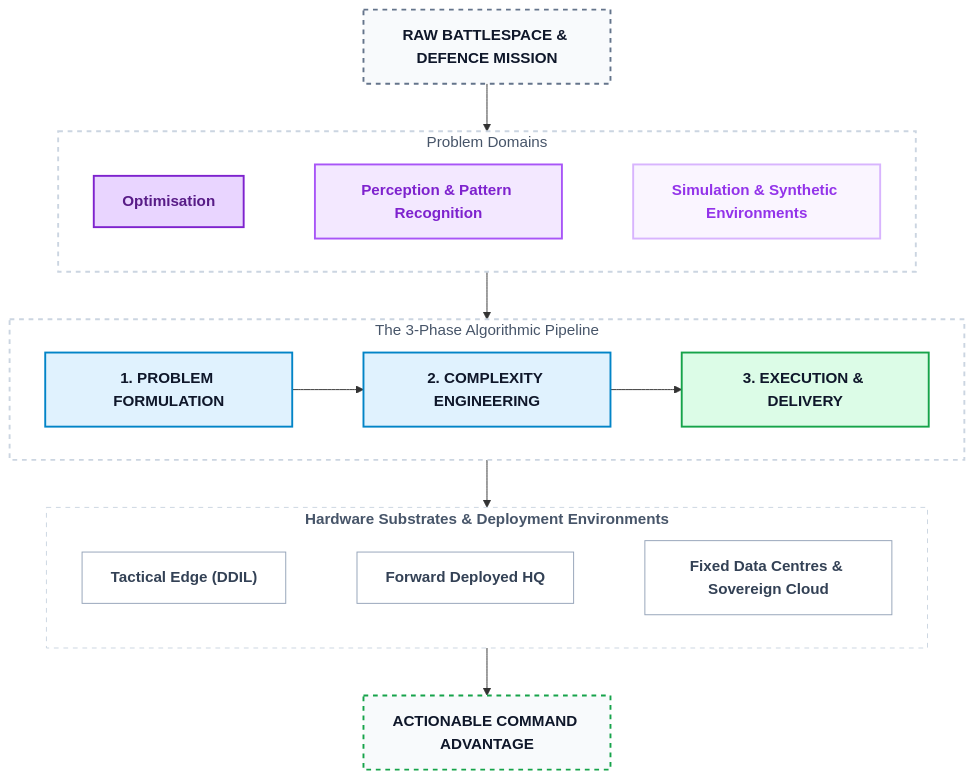
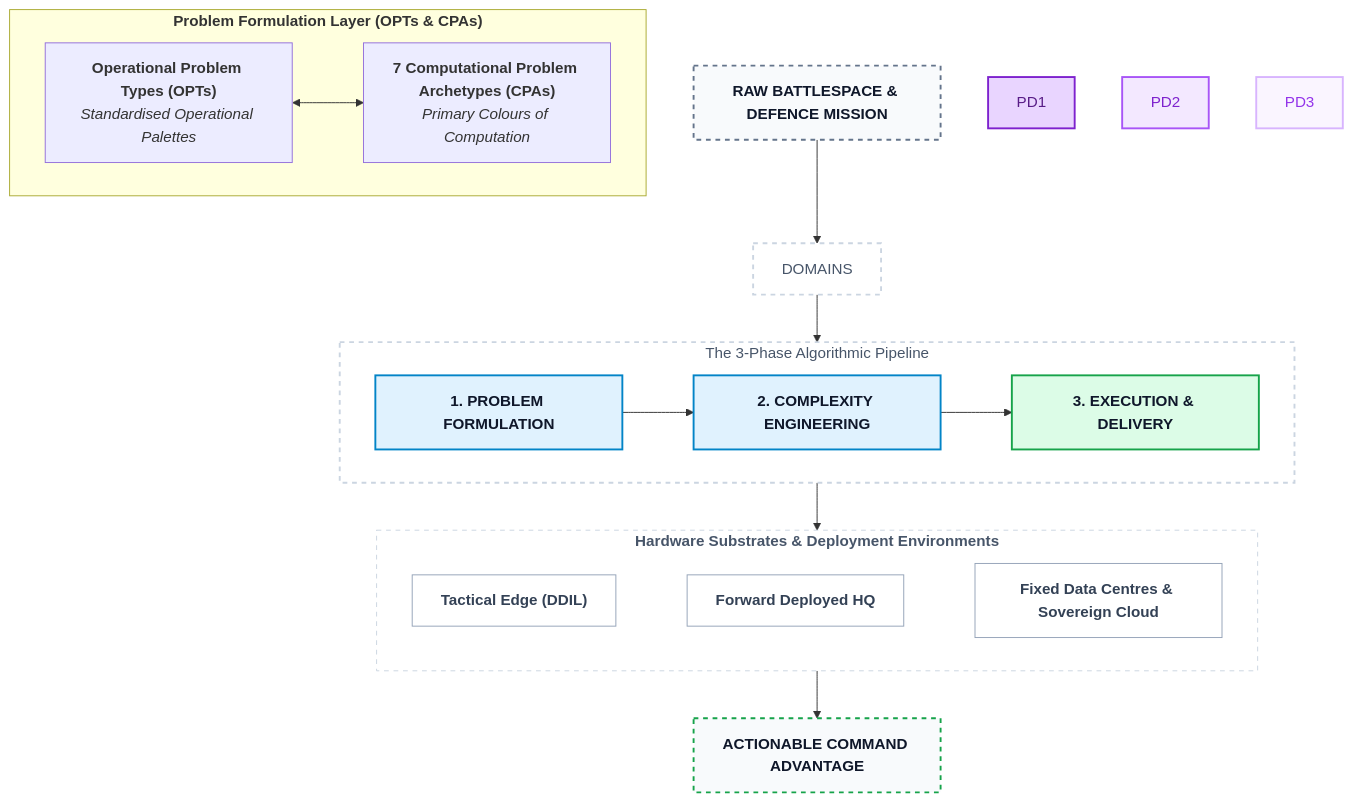
The first of 6 diagrams in quantum/The_Emergent_Algorithmic_Bridge.md (baddogdown/knowledge), drawn with Mermaid before and after one commit. The commit also changed other lines of this file and 2 other files, not shown here.

Commit message:
merging CKFs / CPAs into algo bridge

````diff
--- a/quantum/The_Emergent_Algorithmic_Bridge.md
+++ b/quantum/The_Emergent_Algorithmic_Bridge.md
@@ -25,68 +25,67 @@
 ```mermaid
 flowchart TB
 
     %% 1. INPUT
     INBOUND["<b>RAW BATTLESPACE & DEFENCE MISSION</b>"]
 
-    %% 2. PROBLEM DOMAINS
-    subgraph DOMAINS ["Problem Domains"]
+    %% 2. PROBLEM ARCHETYPES & OPTS
+    subgraph ARCHETYPES ["<b>Problem Formulation Layer (OPTs & CPAs)</b>"]
         direction LR
-        PD1["<b>Optimisation</b><br/>"]
-        PD2["<b>Perception & Pattern Recognition</b>"]
-        PD3["<b>Simulation & Synthetic Environments</b>"]
+        OPT["<b>Operational Problem Types (OPTs)</b><br/><i>Standardised Operational Palettes</i>"]
+        CPA["<b>7 Computational Problem Archetypes (CPAs)</b><br/><i>Primary Colours of Computation</i>"]
         
-        PD1 ~~~ PD2 ~~~ PD3
+        OPT <--> CPA
     end
 
     %% 3. PIPELINE PHASES 
     subgraph PHASES ["The 3-Phase Algorithmic Pipeline"]
         direction LR
         P1["<b>1. PROBLEM FORMULATION</b>"] --> P2["<b>2. COMPLEXITY ENGINEERING</b>"] --> P3["<b>3. EXECUTION & DELIVERY</b><br/>"]
     end
 
     %% 4. UNDERPINNING DEPLOYMENT ENVIRONMENTS
     subgraph ENV ["<b>Hardware Substrates & Deployment Environments</b>"]
         direction LR
         E1["<b>Tactical Edge (DDIL)</b>"]
         E2["<b>Forward Deployed HQ</b>"]
         E3["<b>Fixed Data Centres & Sovereign Cloud</b>"]
         
         E1 ~~~ E2 ~~~ E3
     end
 
     %% 5. OUTPUT
     OUTBOUND["<b>ACTIONABLE COMMAND ADVANTAGE</b>"]
 
 
     %% CONNECTIONS
     INBOUND --> DOMAINS
     DOMAINS --> PHASES
     PHASES --> ENV
     ENV --> OUTBOUND
 
     %% ==========================================
     %% STYLING
     %% ==========================================
     style INBOUND fill:#f8fafc,stroke:#64748b,stroke-width:2px,color:#0f172a, stroke-dasharray: 5 5
     style OUTBOUND fill:#f8fafc,stroke:#16a34a,stroke-width:2px,color:#0f172a, stroke-dasharray: 5 5
 
     %% Faint dashed wrapper boxes
     style DOMAINS fill:#ffffff,stroke:#cbd5e1,stroke-width:2px,stroke-dasharray: 5 5,color:#475569
     style PHASES fill:#ffffff,stroke:#cbd5e1,stroke-width:2px,stroke-dasharray: 5 5,color:#475569
     style ENV fill:#ffffff,stroke:#cbd5e1,stroke-width:1px,stroke-dasharray: 5 5,color:#475569
 
     %% Problem Domain boxes (Matched to Diagram 1 Purple Gradients)
     style PD1 fill:#e9d5ff,stroke:#7e22ce,stroke-width:2px,color:#581c87
     style PD2 fill:#f3e8ff,stroke:#a855f7,stroke-width:2px,color:#7e22ce
     style PD3 fill:#faf5ff,stroke:#d8b4fe,stroke-width:2px,color:#9333ea
 
     %% Phase boxes (Kept colors: 1&2 Sovereign Blue, 3 Marketplace Green)
     style P1 fill:#e0f2fe,stroke:#0284c7,stroke-width:2px,color:#0f172a
     style P2 fill:#e0f2fe,stroke:#0284c7,stroke-width:2px,color:#0f172a
     style P3 fill:#dcfce7,stroke:#16a34a,stroke-width:2px,color:#0f172a
 
     %% Environment layer inner boxes
     style E1 fill:#ffffff,stroke:#94a3b8,stroke-width:1px,color:#334155
     style E2 fill:#ffffff,stroke:#94a3b8,stroke-width:1px,color:#334155
     style E3 fill:#ffffff,stroke:#94a3b8,stroke-width:1px,color:#334155
 ```
````
